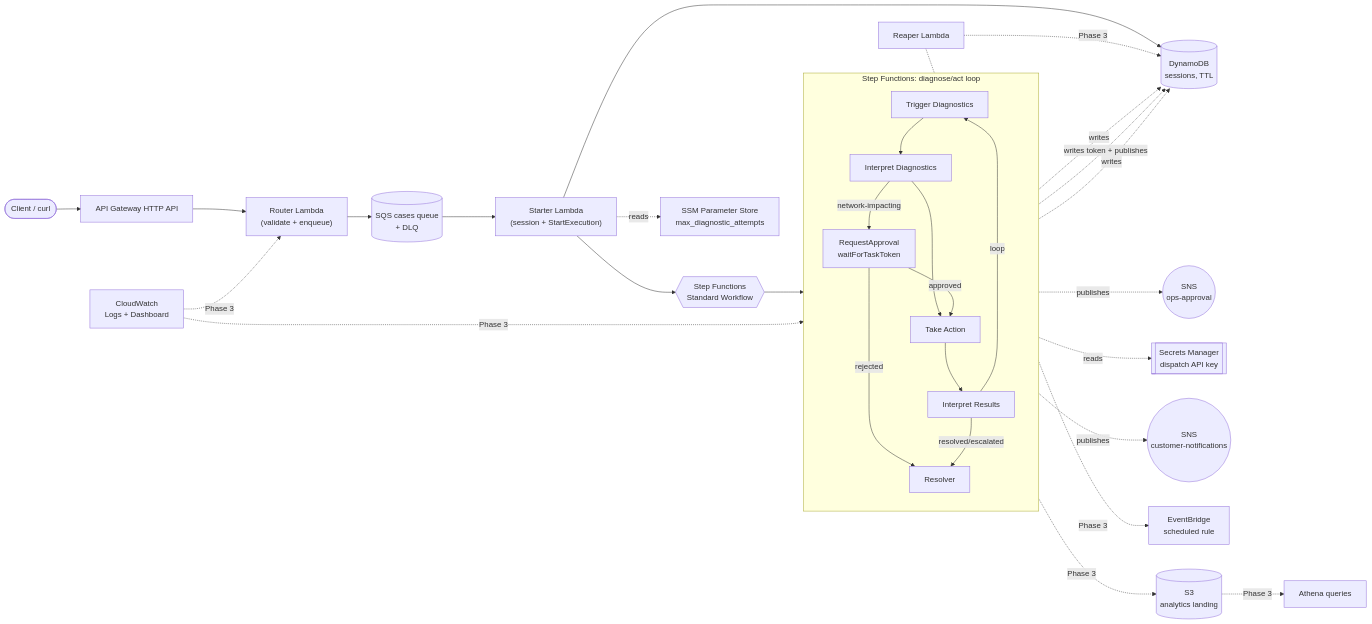
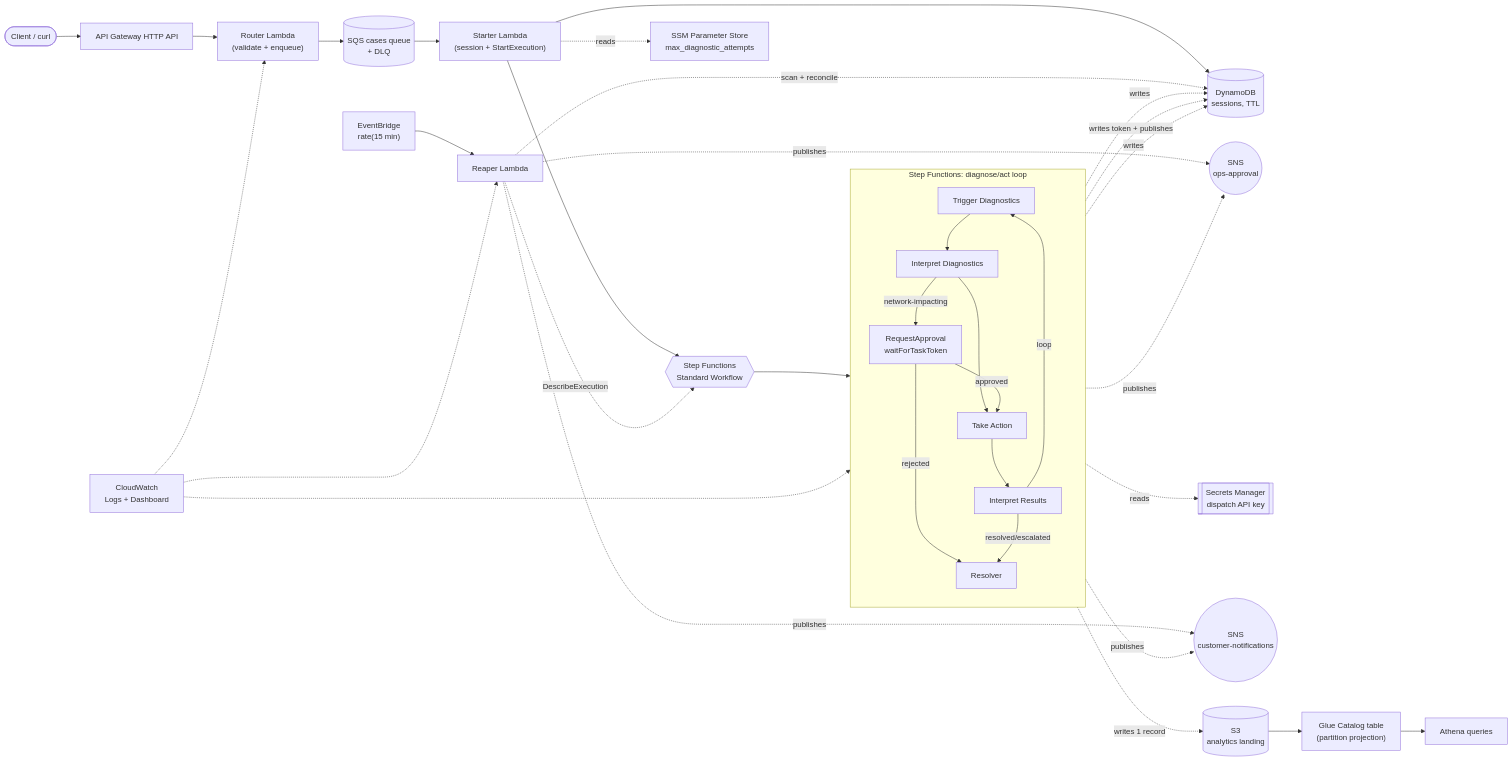
The diagram in README.md (RakeshSim/smarthelp-telco-poc), drawn with Mermaid before and after one commit. The commit also changed other lines of this file and 11 other files, not shown here.

First line of the commit message:
Phase 3: EventBridge reaper, CloudWatch dashboard, S3/Athena analytics

````diff
--- a/README.md
+++ b/README.md
@@ -23,39 +30,44 @@
 ```mermaid
 flowchart LR
     Client([Client / curl]) --> APIGW["API Gateway HTTP API"]
     APIGW --> Router["Router Lambda\n(validate + enqueue)"]
     Router --> SQS[(SQS cases queue\n+ DLQ)]
     SQS --> Starter["Starter Lambda\n(session + StartExecution)"]
     Starter --> SFN{{"Step Functions\nStandard Workflow"}}
     Starter --> DDB[("DynamoDB\nsessions, TTL")]
     Starter -.reads.-> SSM["SSM Parameter Store\nmax_diagnostic_attempts"]
 
     subgraph SFN_Loop [" Step Functions: diagnose/act loop "]
         direction TB
         D["Trigger Diagnostics"] --> ID["Interpret Diagnostics"]
         ID --> A["Take Action"]
         ID -->|network-impacting| GATE["RequestApproval\nwaitForTaskToken"]
         GATE -->|approved| A
         GATE -->|rejected| RES
         A --> IA["Interpret Results"]
         IA -->|resolved/escalated| RES["Resolver"]
         IA -->|loop| D
     end
 
     SFN --> SFN_Loop
     ID -.writes.-> DDB
     GATE -.writes token + publishes.-> DDB
     GATE -.publishes.-> OPS(("SNS\nops-approval"))
     A -.reads.-> Secrets[["Secrets Manager\ndispatch API key"]]
     RES -.writes.-> DDB
     RES -.publishes.-> SNS(("SNS\ncustomer-notifications"))
+    RES -.writes 1 record.-> S3[("S3\nanalytics landing")]
 
-    Reaper["Reaper Lambda"] -.Phase 3.-> EventBridge["EventBridge\nscheduled rule"]
-    Reaper -.Phase 3.-> DDB
+    EventBridge["EventBridge\nrate(15 min)"] --> Reaper["Reaper Lambda"]
+    Reaper -.DescribeExecution.-> SFN
+    Reaper -.scan + reconcile.-> DDB
+    Reaper -.publishes.-> OPS
+    Reaper -.publishes.-> SNS
 
-    SFN_Loop -.Phase 3.-> S3[("S3\nanalytics landing")]
-    S3 -.Phase 3.-> Athena["Athena queries"]
+    S3 --> Glue["Glue Catalog table\n(partition projection)"]
+    Glue --> Athena["Athena queries"]
 
-    CW["CloudWatch\nLogs + Dashboard"] -.Phase 3.-> Router
-    CW -.Phase 3.-> SFN_Loop
+    CW["CloudWatch\nLogs + Dashboard"] -.-> Router
+    CW -.-> SFN_Loop
+    CW -.-> Reaper
 ```
````
